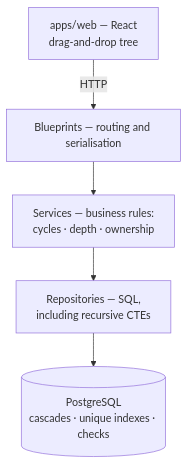
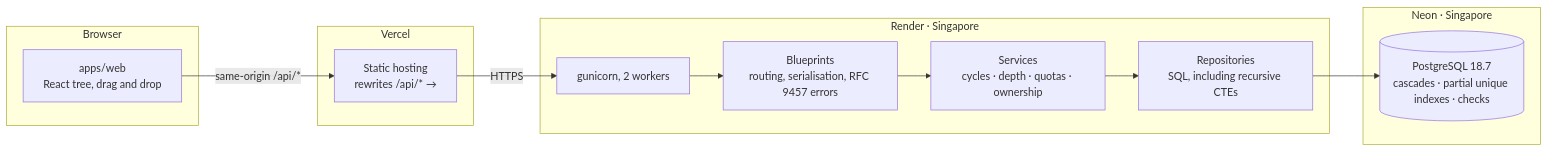
Before and after one commit to vinay1500/file-explorer: the diagram in README.md, drawn with Mermaid. The commit also changed other lines of this file and 1 other file, not shown here.

````diff
--- a/README.md
+++ b/README.md
@@ -34,13 +43,22 @@
 ```mermaid
-flowchart TD
-    W["apps/web — React<br/>drag-and-drop tree"]
-    B["Blueprints — routing and serialisation"]
-    S["Services — business rules:<br/>cycles · depth · ownership"]
-    R["Repositories — SQL,<br/>including recursive CTEs"]
-    D[("PostgreSQL<br/>cascades · unique indexes · checks")]
+flowchart LR
+    subgraph browser["Browser"]
+        W["apps/web<br/>React tree, drag and drop"]
+    end
+    subgraph vercel["Vercel"]
+        V["Static hosting<br/>rewrites /api/* →"]
+    end
+    subgraph render["Render · Singapore"]
+        G["gunicorn, 2 workers"]
+        B["Blueprints<br/>routing, serialisation, RFC 9457 errors"]
+        S["Services<br/>cycles · depth · quotas · ownership"]
+        R["Repositories<br/>SQL, including recursive CTEs"]
+    end
+    subgraph neon["Neon · Singapore"]
+        D[("PostgreSQL 18.7<br/>cascades · partial unique indexes · checks")]
+    end
 
-    W -->|"HTTP"| B
-    B --> S
-    S --> R
-    R --> D
+    W -->|"same-origin /api/*"| V
+    V -->|"HTTPS"| G
+    G --> B --> S --> R --> D
 ```
````
